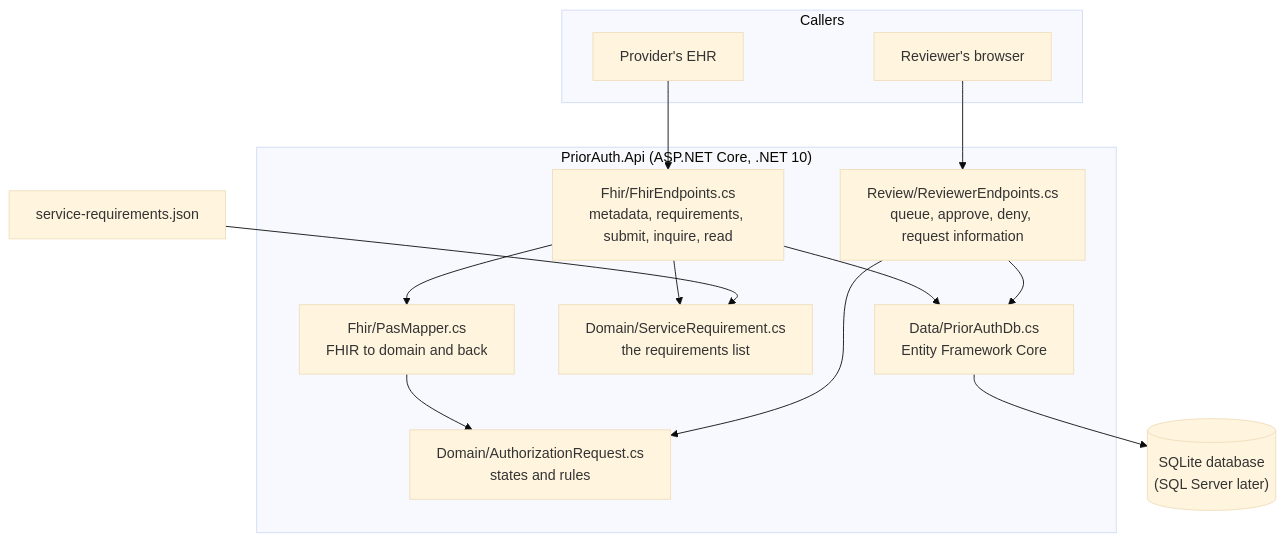
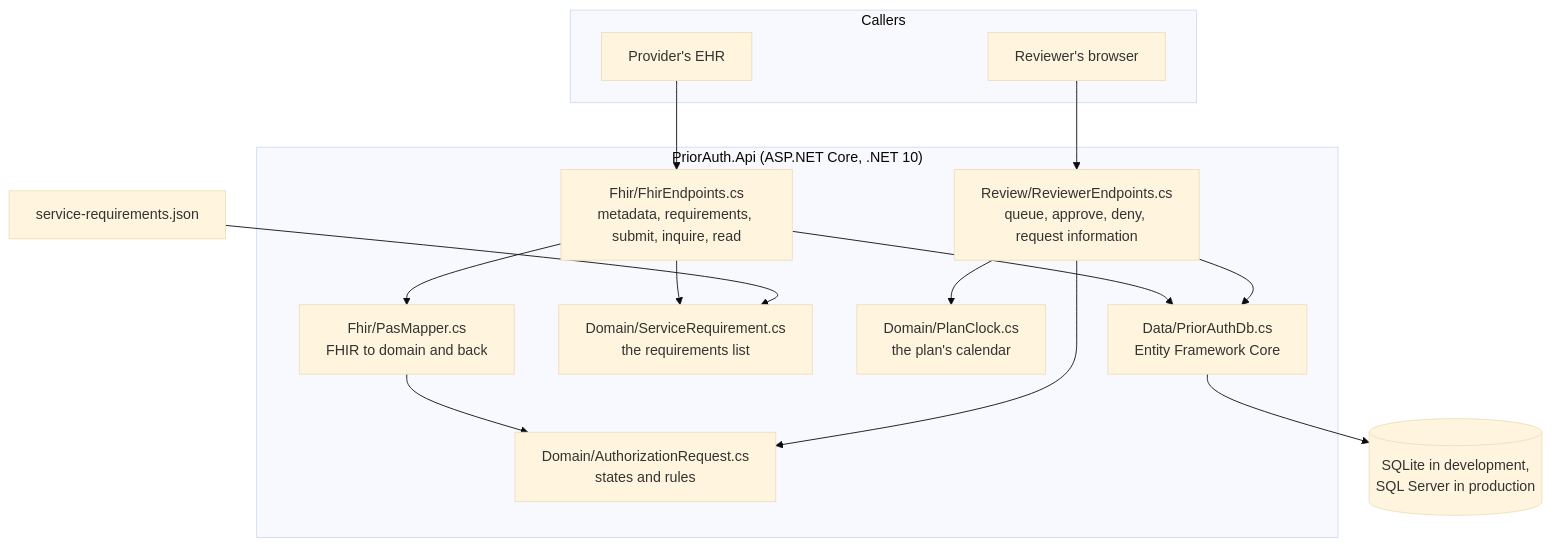
The third of 4 diagrams in docs/02-how-it-works.md (tngo0508/prior-auth-api), drawn with Mermaid (base theme) before and after one commit. The commit also changed other lines of this file and 13 other files, not shown here.

````diff
--- a/docs/02-how-it-works.md
+++ b/docs/02-how-it-works.md
@@ -59,28 +95,30 @@
 ```mermaid
 flowchart TB
     subgraph Callers
         EHR["Provider's EHR"]
         STAFF["Reviewer's browser"]
     end
     subgraph App["PriorAuth.Api (ASP.NET Core, .NET 10)"]
         FE["Fhir/FhirEndpoints.cs<br/>metadata, requirements, submit, inquire, read"]
         RE["Review/ReviewerEndpoints.cs<br/>queue, approve, deny, request information"]
         MAP["Fhir/PasMapper.cs<br/>FHIR to domain and back"]
         DOM["Domain/AuthorizationRequest.cs<br/>states and rules"]
         CAT["Domain/ServiceRequirement.cs<br/>the requirements list"]
+        CLK["Domain/PlanClock.cs<br/>the plan's calendar"]
         DATA["Data/PriorAuthDb.cs<br/>Entity Framework Core"]
     end
     CFG["service-requirements.json"]
-    DB[("SQLite database<br/>(SQL Server later)")]
+    DB[("SQLite in development,<br/>SQL Server in production")]
 
     EHR --> FE
     STAFF --> RE
     FE --> MAP
     FE --> CAT
     MAP --> DOM
     RE --> DOM
+    RE --> CLK
     FE --> DATA
     RE --> DATA
     DATA --> DB
     CFG --> CAT
 ```
````
